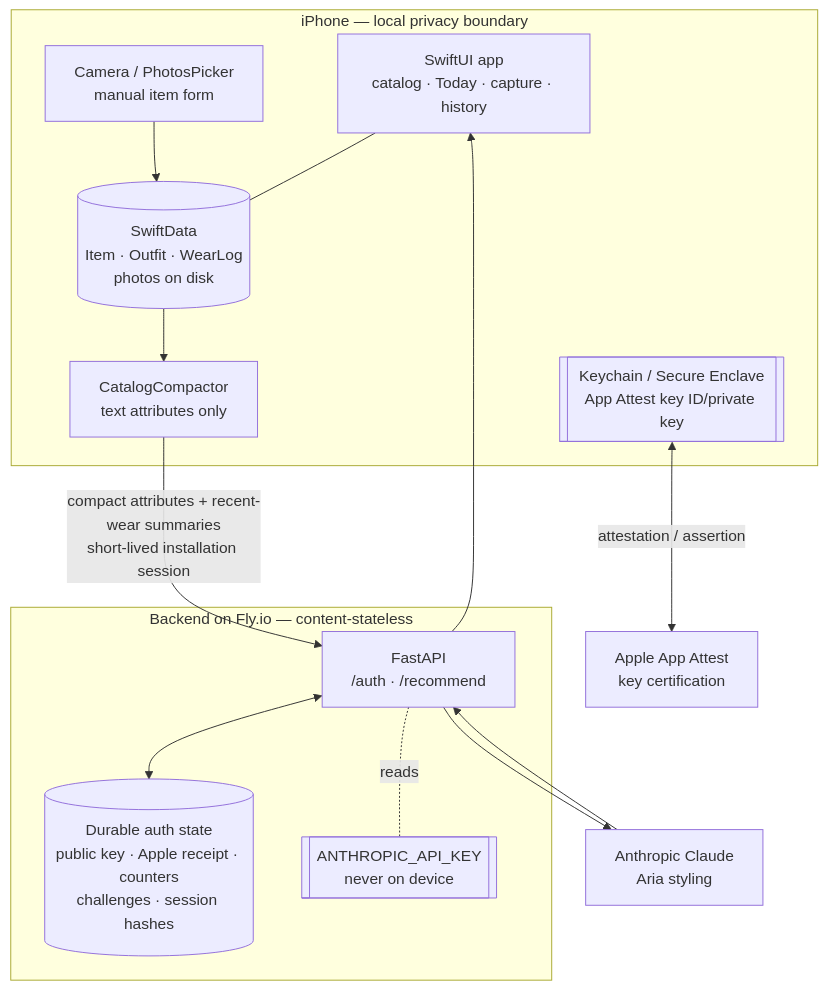
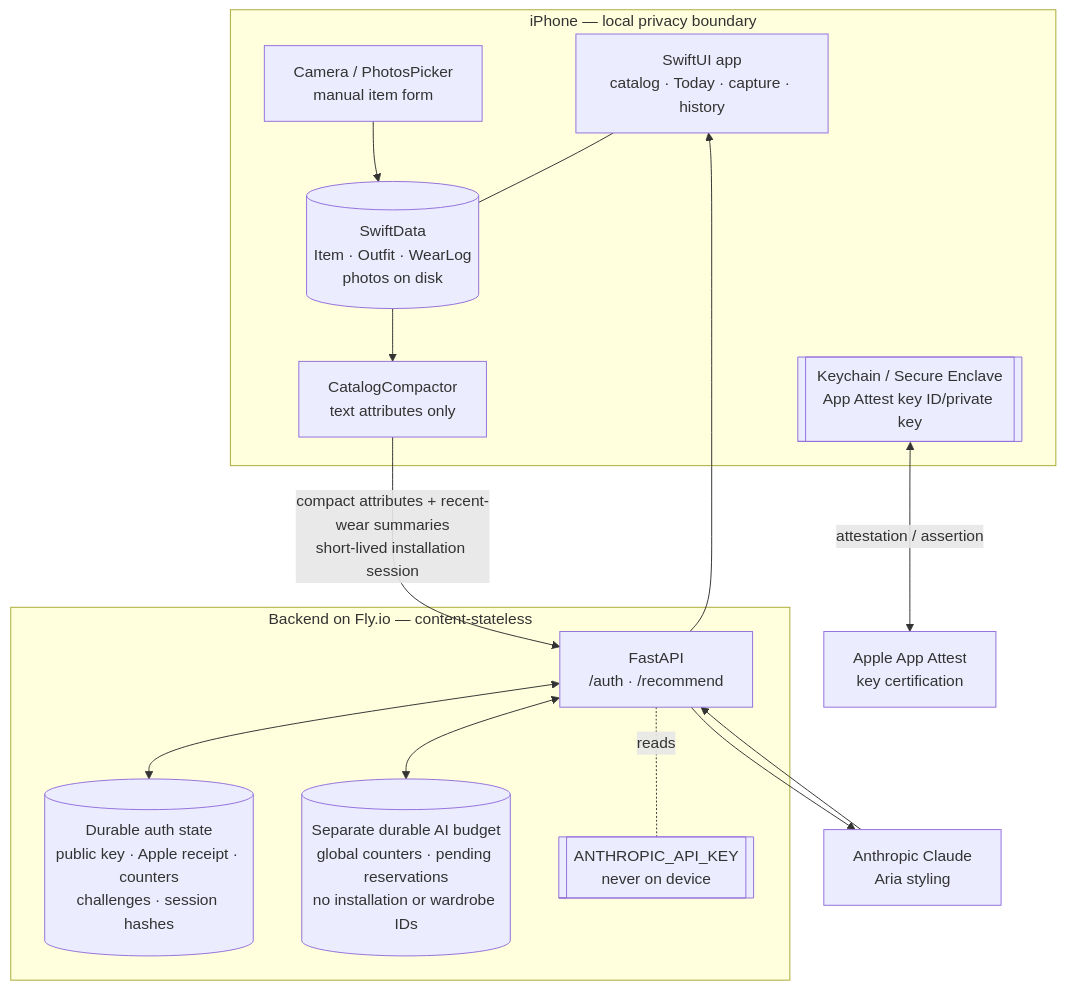
The first of 6 diagrams in docs/architecture.md (tzehon/wardrobe-stylist), drawn with Mermaid before and after one commit. The commit also changed other lines of this file and 33 other files, not shown here.

````diff
--- a/docs/architecture.md
+++ b/docs/architecture.md
@@ -29,29 +34,31 @@
 ```mermaid
 flowchart TB
     subgraph Device["iPhone — local privacy boundary"]
         UI["SwiftUI app<br/>catalog · Today · capture · history"]
         Store[("SwiftData<br/>Item · Outfit · WearLog<br/>photos on disk")]
         Capture["Camera / PhotosPicker<br/>manual item form"]
         Compact["CatalogCompactor<br/>text attributes only"]
         Keychain[["Keychain / Secure Enclave<br/>App Attest key ID/private key"]]
         Capture --> Store
         UI --- Store
         Store --> Compact
     end
 
     subgraph Cloud["Backend on Fly.io — content-stateless"]
         API["FastAPI<br/>/auth · /recommend"]
         AuthDB[("Durable auth state<br/>public key · Apple receipt · counters<br/>challenges · session hashes")]
+        BudgetDB[("Separate durable AI budget<br/>global counters · pending reservations<br/>no installation or wardrobe IDs")]
         Key[["ANTHROPIC_API_KEY<br/>never on device"]]
         API <--> AuthDB
+        API <--> BudgetDB
         API -. reads .- Key
     end
 
     Apple["Apple App Attest<br/>key certification"]
     Anthropic["Anthropic Claude<br/>Aria styling"]
 
     Keychain <-->|"attestation / assertion"| Apple
     Compact -->|"compact attributes + recent-wear summaries<br/>short-lived installation session"| API
     API --> Anthropic
     Anthropic --> API --> UI
 ```
````
